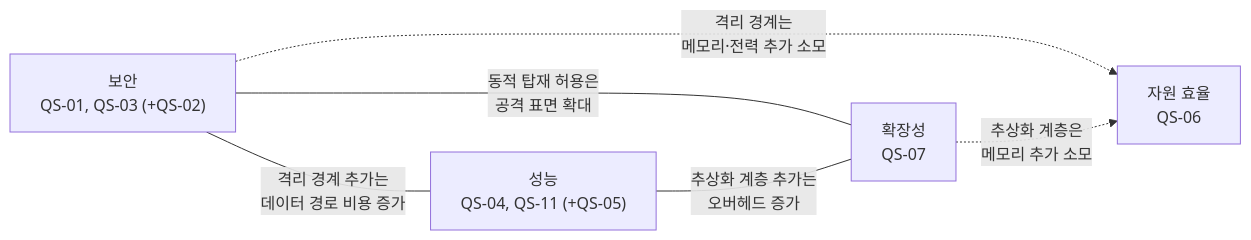
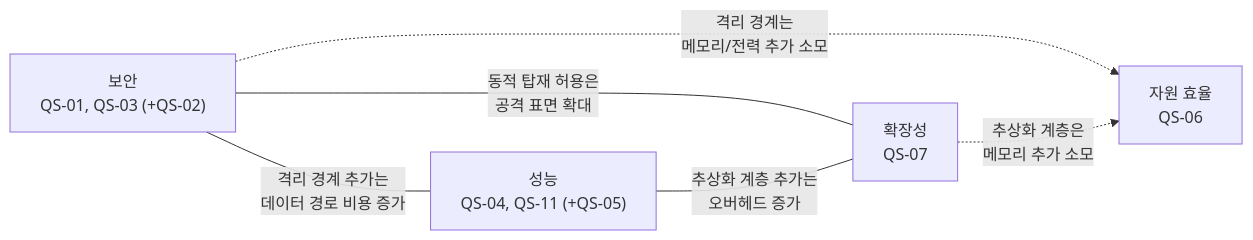
The diagram in docs/03_quality_attribute_workshop.md (boram1288/test-p), drawn with Mermaid before and after one commit. The commit also changed other lines of this file and 29 other files, not shown here.

````diff
--- a/docs/03_quality_attribute_workshop.md
+++ b/docs/03_quality_attribute_workshop.md
@@ -212,13 +212,13 @@
 ```mermaid
 flowchart LR
     SEC["보안<br/>QS-01, QS-03 (+QS-02)"]
     PERF["성능<br/>QS-04, QS-11 (+QS-05)"]
     EXT["확장성<br/>QS-07"]
     RES["자원 효율<br/>QS-06"]
 
     SEC ---|"격리 경계 추가는<br/>데이터 경로 비용 증가"| PERF
     SEC ---|"동적 탑재 허용은<br/>공격 표면 확대"| EXT
     PERF ---|"추상화 계층 추가는<br/>오버헤드 증가"| EXT
-    SEC -.->|"격리 경계는<br/>메모리·전력 추가 소모"| RES
+    SEC -.->|"격리 경계는<br/>메모리/전력 추가 소모"| RES
     EXT -.->|"추상화 계층은<br/>메모리 추가 소모"| RES
 ```
````
